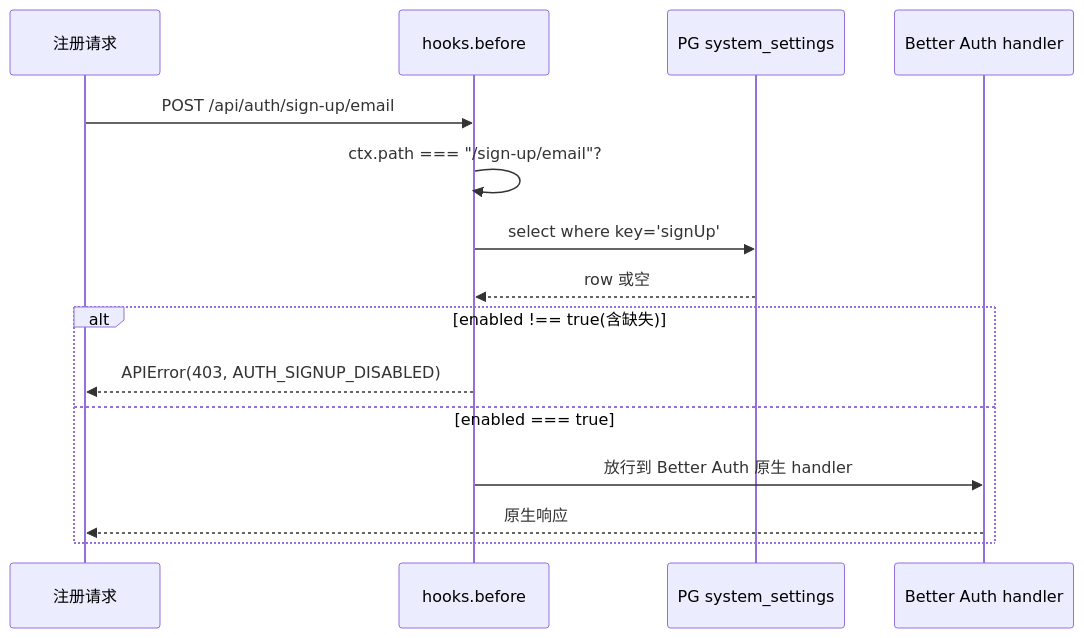
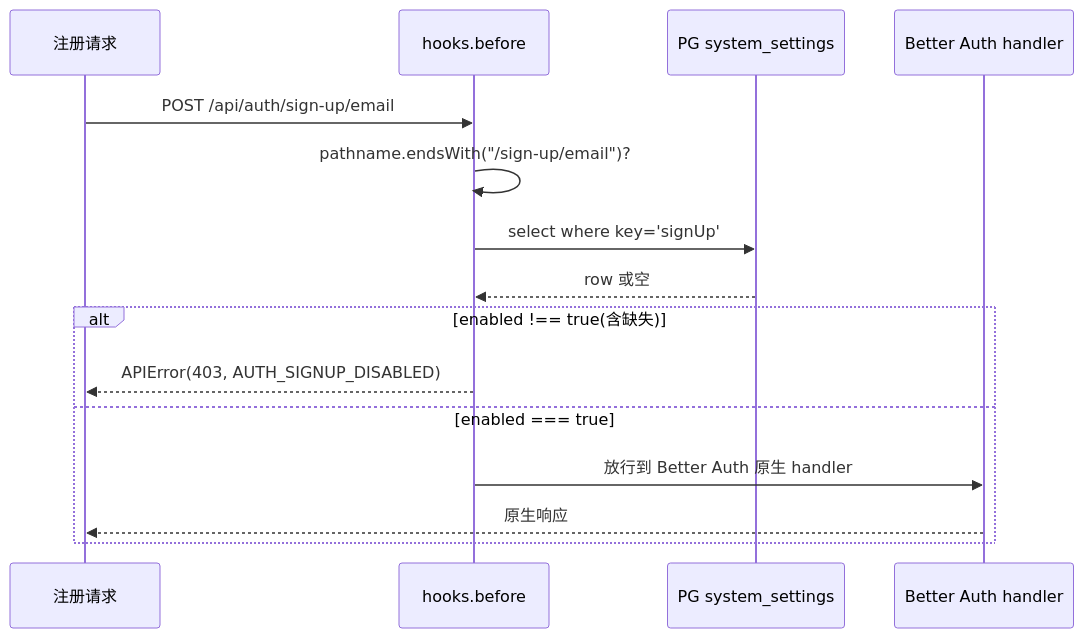
The second of 2 diagrams in docs/features/backend/system-settings.md (zzwtsy/hono-openapi-starter), drawn with Mermaid before and after one commit. The commit also changed other lines of this file and 4 other files, not shown here.

````diff
--- a/docs/features/backend/system-settings.md
+++ b/docs/features/backend/system-settings.md
@@ -83,18 +83,18 @@
 ```mermaid
 sequenceDiagram
   participant Client as 注册请求
   participant Hook as hooks.before
   participant DB as PG system_settings
   participant BA as Better Auth handler
 
   Client->>Hook: POST /api/auth/sign-up/email
-  Hook->>Hook: ctx.path === "/sign-up/email"?
+  Hook->>Hook: pathname.endsWith("/sign-up/email")?
   Hook->>DB: select where key='signUp'
   DB-->>Hook: row 或空
   alt enabled !== true(含缺失)
     Hook-->>Client: APIError(403, AUTH_SIGNUP_DISABLED)
   else enabled === true
     Hook->>BA: 放行到 Better Auth 原生 handler
     BA-->>Client: 原生响应
   end
 ```
````
